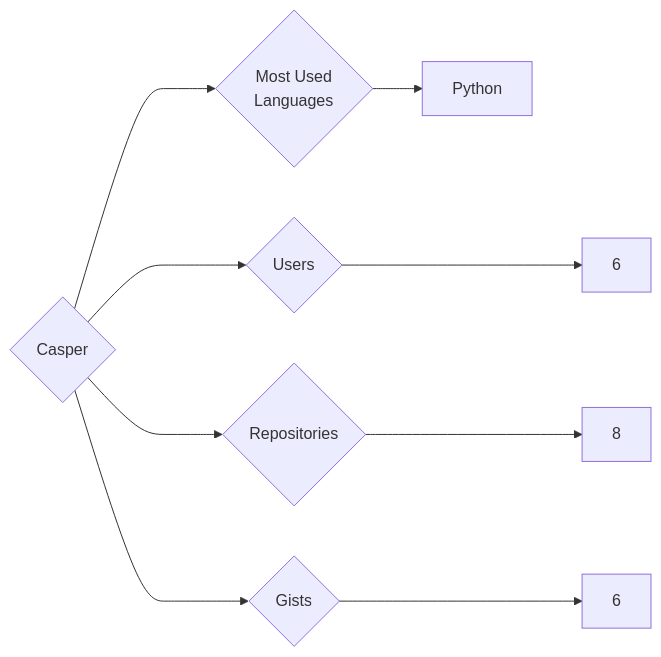
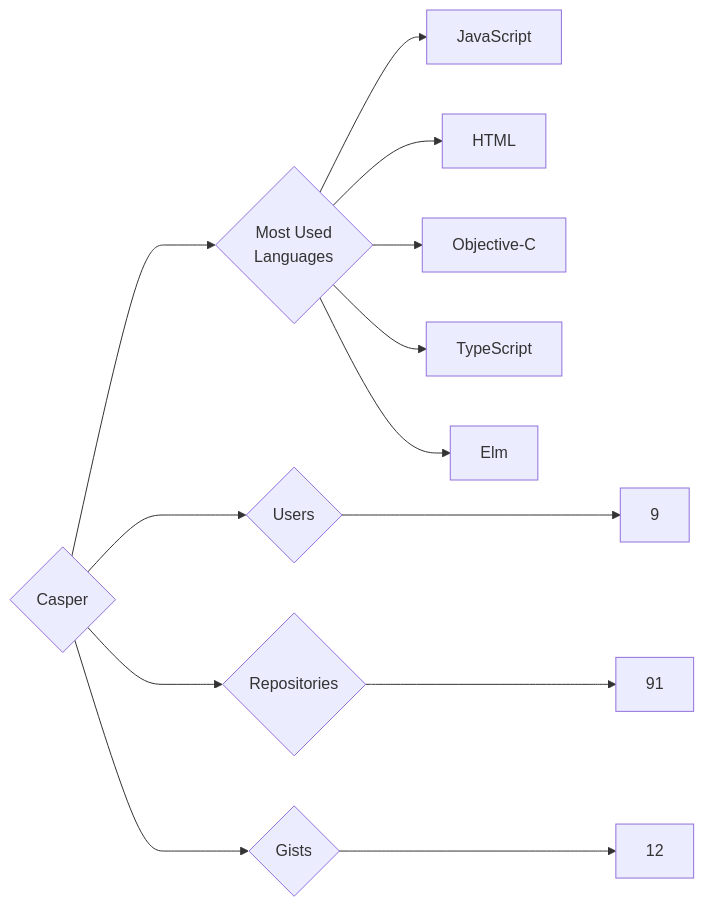
The diagram in targets/Casper/README.md (trickest/insiders), drawn with Mermaid before and after one commit. The commit also changed 814 other files, not shown here.

````diff
--- a/targets/Casper/README.md
+++ b/targets/Casper/README.md
@@ -3,9 +3,13 @@
 ```mermaid
 graph LR
 COMPANY_NAME{Casper}
-COMPANY_NAME ---> U{Users} ---> UN[6]
-COMPANY_NAME ---> R{Repositories} ---> RN[8]
-COMPANY_NAME ---> G{Gists} ---> GN[6]
+COMPANY_NAME ---> U{Users} ---> UN[9]
+COMPANY_NAME ---> R{Repositories} ---> RN[91]
+COMPANY_NAME ---> G{Gists} ---> GN[12]
 COMPANY_NAME ---> ML{Most Used<br>Languages}
-ML --> Python[Python]
+ML --> JavaScript[JavaScript]
+ML --> HTML[HTML]
+ML --> Objective-C[Objective-C]
+ML --> TypeScript[TypeScript]
+ML --> Elm[Elm]
 ```
````
